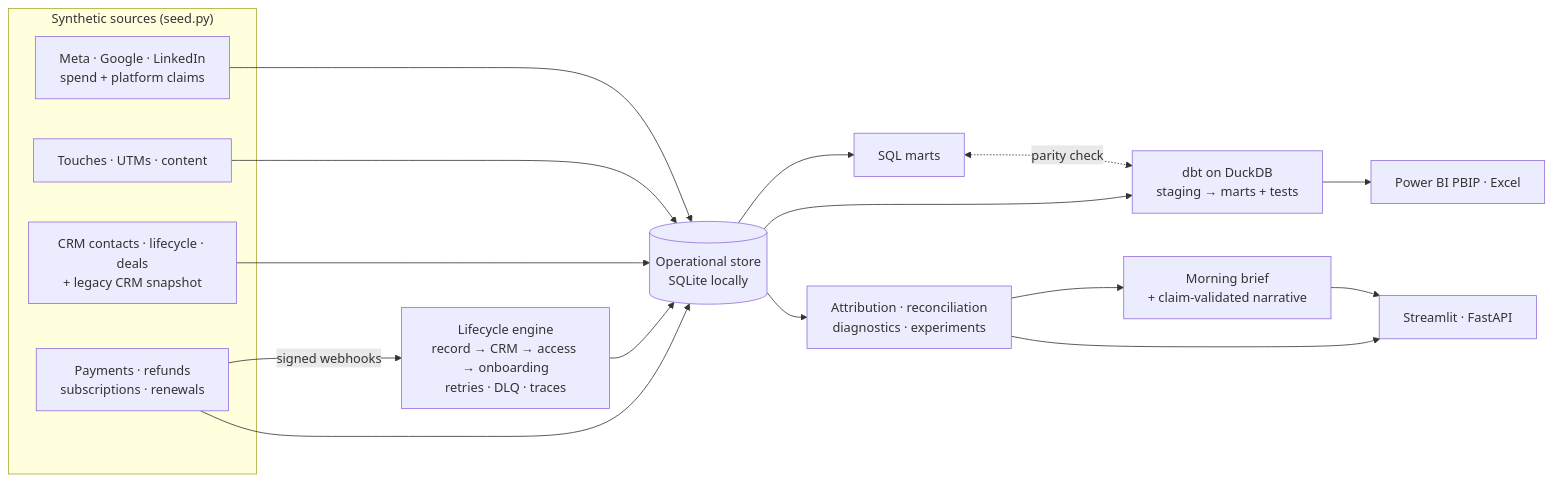
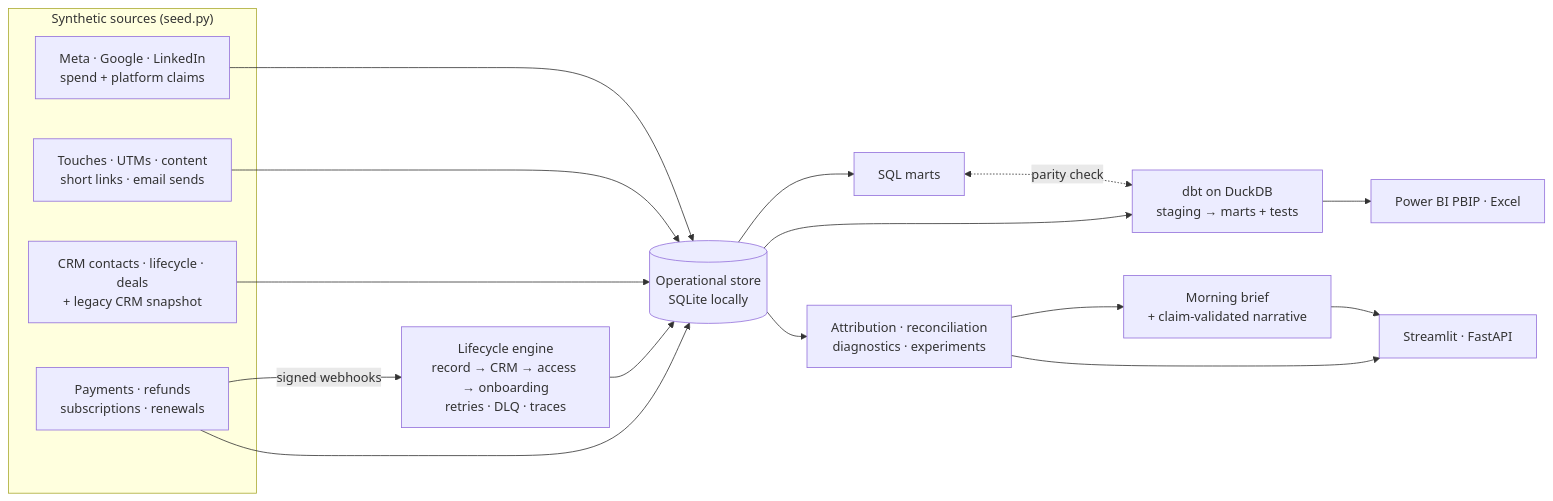
One commit to KushPatel29/GrowthOps-OS changed the diagram in README.md. Above: the diagram before and after it, drawn with Mermaid. The commit also changed other lines of this file and 31 other files, not shown here.

First line of the commit message:
Add email, short-link, paid-efficiency, HubSpot and daily-update analytics

````diff
--- a/README.md
+++ b/README.md
@@ -58,18 +65,18 @@
 ```mermaid
 flowchart LR
   subgraph Sources["Synthetic sources (seed.py)"]
     ads[Meta · Google · LinkedIn<br/>spend + platform claims]
-    web[Touches · UTMs · content]
+    web[Touches · UTMs · content<br/>short links · email sends]
     crm[CRM contacts · lifecycle · deals<br/>+ legacy CRM snapshot]
     pay[Payments · refunds<br/>subscriptions · renewals]
   end
   pay -- signed webhooks --> engine[Lifecycle engine<br/>record → CRM → access → onboarding<br/>retries · DLQ · traces]
   engine --> db[(Operational store<br/>SQLite locally)]
   ads & web & crm & pay --> db
   db --> sql[SQL marts] & dbt[dbt on DuckDB<br/>staging → marts + tests]
   sql <-. parity check .-> dbt
   db --> analytics[Attribution · reconciliation<br/>diagnostics · experiments]
   analytics --> brief[Morning brief<br/>+ claim-validated narrative]
   analytics & brief --> ui[Streamlit · FastAPI]
   dbt --> bi[Power BI PBIP · Excel]
 ```
````
